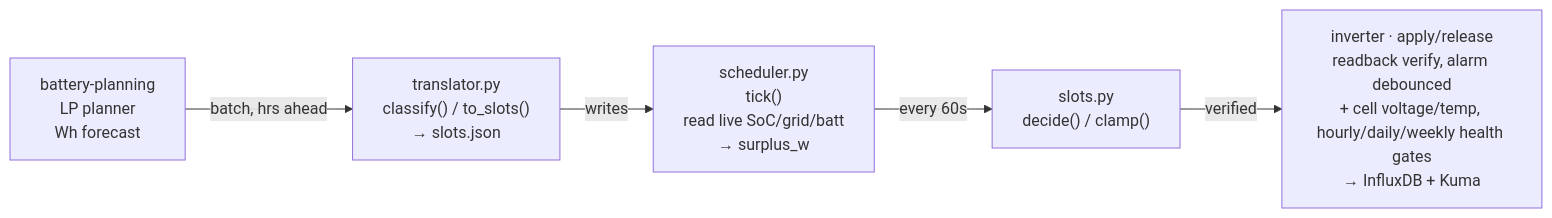
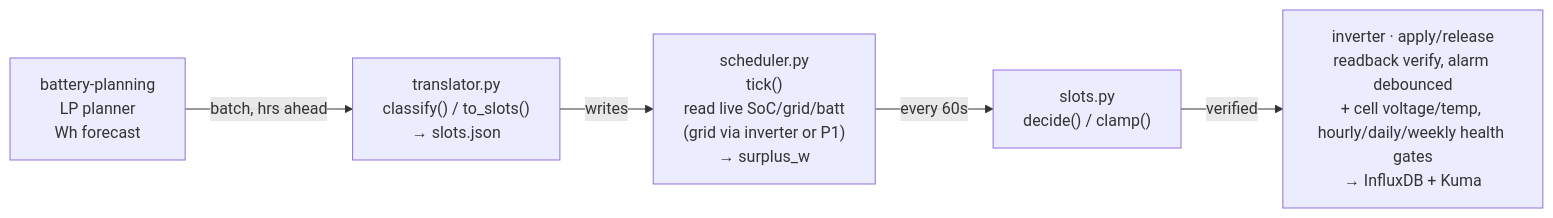
Before and after one commit to sandeepthukral/alphaess-collector: the first of 3 diagrams in docs/DISPATCH-FLOW.md, drawn with Mermaid. The commit also changed other lines of this file, not shown here.

First line of the commit message:
Update DISPATCH-FLOW.md for the GRID_SOURCE=p1 branch in tick()

````diff
--- a/docs/DISPATCH-FLOW.md
+++ b/docs/DISPATCH-FLOW.md
@@ -10,7 +10,7 @@
 ```mermaid
 flowchart LR
     P["battery-planning<br/>LP planner<br/>Wh forecast"] -->|batch, hrs ahead| T
     T["translator.py<br/>classify() / to_slots()<br/>→ slots.json"] -->|writes| S
-    S["scheduler.py<br/>tick()<br/>read live SoC/grid/batt<br/>→ surplus_w"] -->|every 60s| D
+    S["scheduler.py<br/>tick()<br/>read live SoC/grid/batt<br/>(grid via inverter or P1)<br/>→ surplus_w"] -->|every 60s| D
     D["slots.py<br/>decide() / clamp()"] -->|verified| I["inverter · apply/release<br/>readback verify, alarm debounced<br/>+ cell voltage/temp, hourly/daily/weekly health gates<br/>→ InfluxDB + Kuma"]
 ```
````
